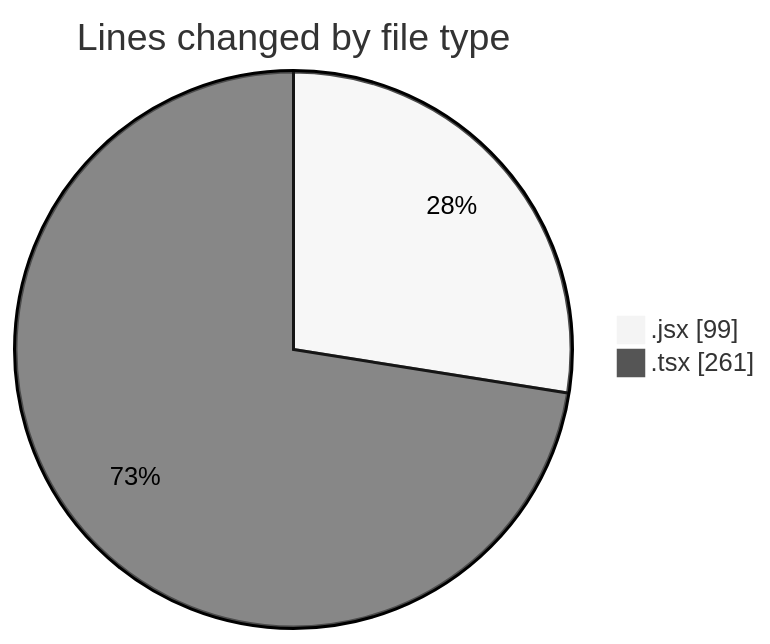
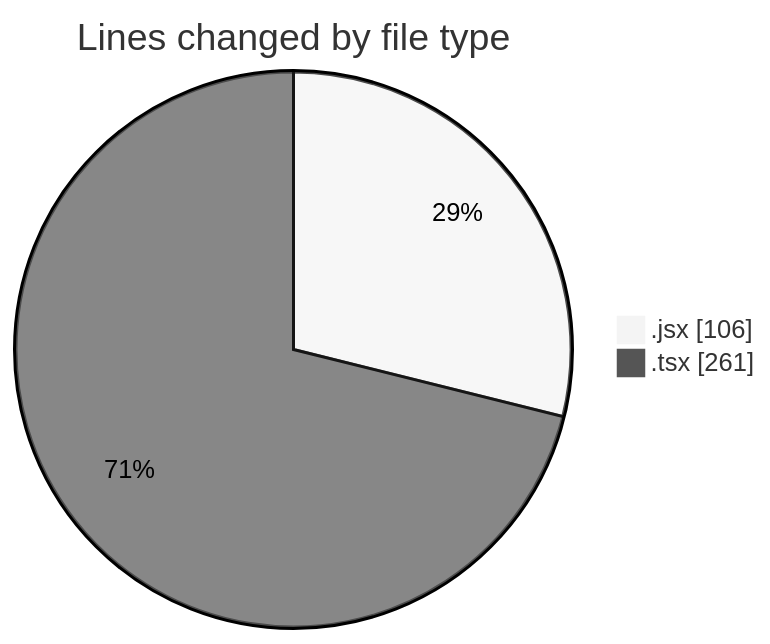
The first of 2 diagrams in 2026-02-11/cda/README.md (momahboobian/code-tracking), drawn with Mermaid (neutral theme) before and after one commit. The commit also changed other lines of this file and 1 other file, not shown here.

````diff
--- a/2026-02-11/cda/README.md
+++ b/2026-02-11/cda/README.md
@@ -22,6 +22,6 @@
 ```mermaid
 pie showData
 title Lines changed by file type
-".jsx" : 99
+".jsx" : 106
 ".tsx" : 261
 ```
````
